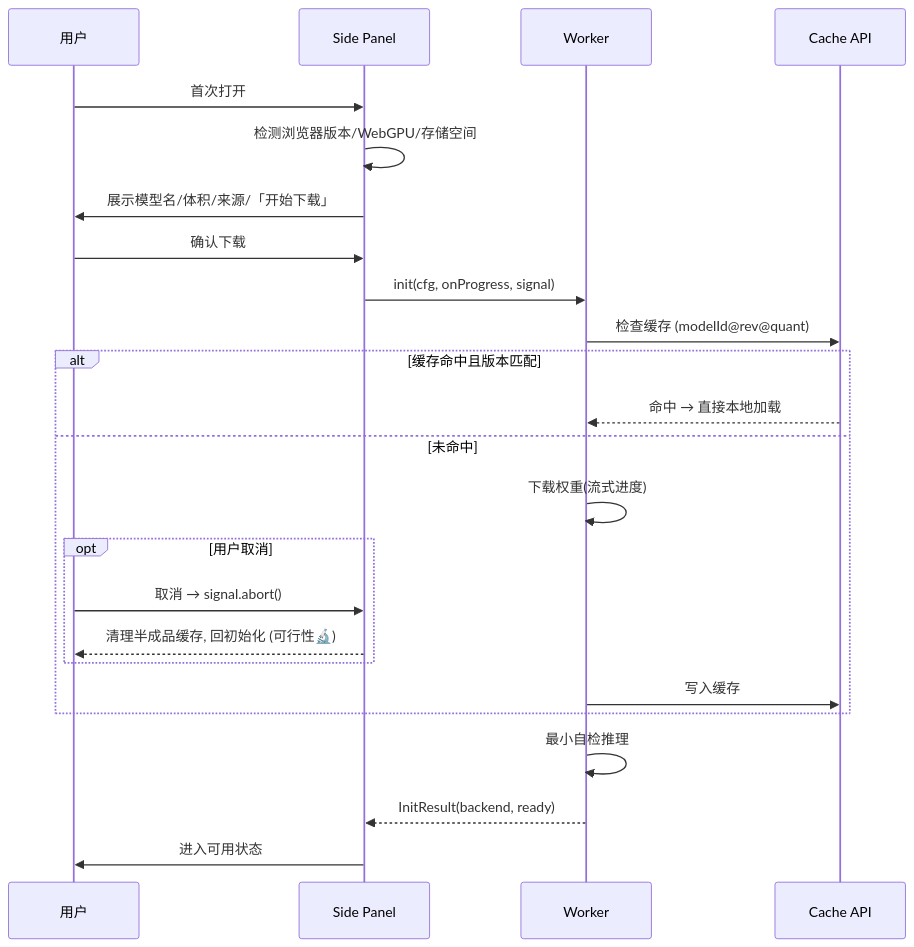
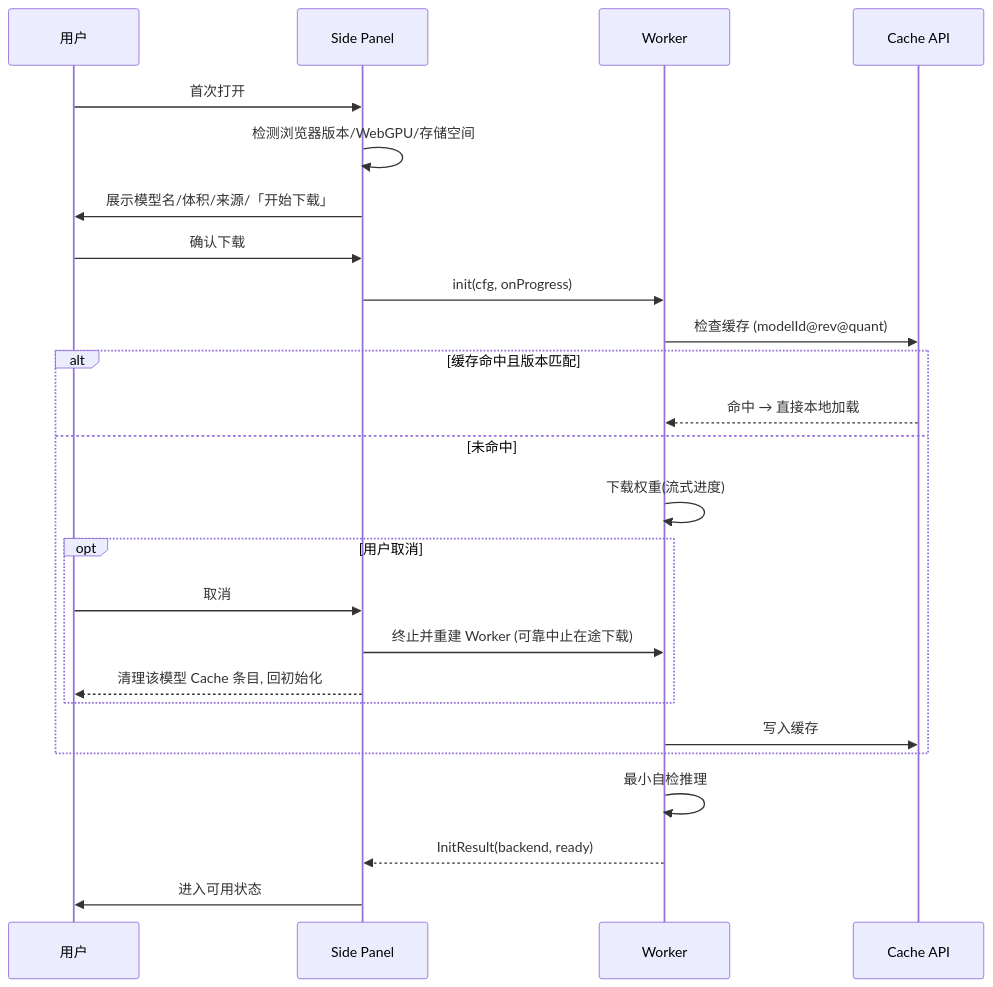
The first of 3 diagrams in docs/Wisp_设计文档.md (Mr-CG-end/wisp-ai-copilot), drawn with Mermaid before and after one commit. The commit also changed other lines of this file and 2 other files, not shown here.

````diff
--- a/docs/Wisp_设计文档.md
+++ b/docs/Wisp_设计文档.md
@@ -428,26 +435,27 @@
 ```mermaid
 sequenceDiagram
     participant U as 用户
     participant SP as Side Panel
     participant W as Worker
     participant C as Cache API
     U->>SP: 首次打开
     SP->>SP: 检测浏览器版本/WebGPU/存储空间
     SP->>U: 展示模型名/体积/来源/「开始下载」
     U->>SP: 确认下载
-    SP->>W: init(cfg, onProgress, signal)
+    SP->>W: init(cfg, onProgress)
     W->>C: 检查缓存 (modelId@rev@quant)
     alt 缓存命中且版本匹配
         C-->>W: 命中 → 直接本地加载
     else 未命中
         W->>W: 下载权重(流式进度)
         opt 用户取消
-            U->>SP: 取消 → signal.abort()
-            SP-->>U: 清理半成品缓存, 回初始化 (可行性🔬)
+            U->>SP: 取消
+            SP->>W: 终止并重建 Worker (可靠中止在途下载)
+            SP-->>U: 清理该模型 Cache 条目, 回初始化
         end
         W->>C: 写入缓存
     end
     W->>W: 最小自检推理
     W-->>SP: InitResult(backend, ready)
     SP->>U: 进入可用状态
 ```
````
